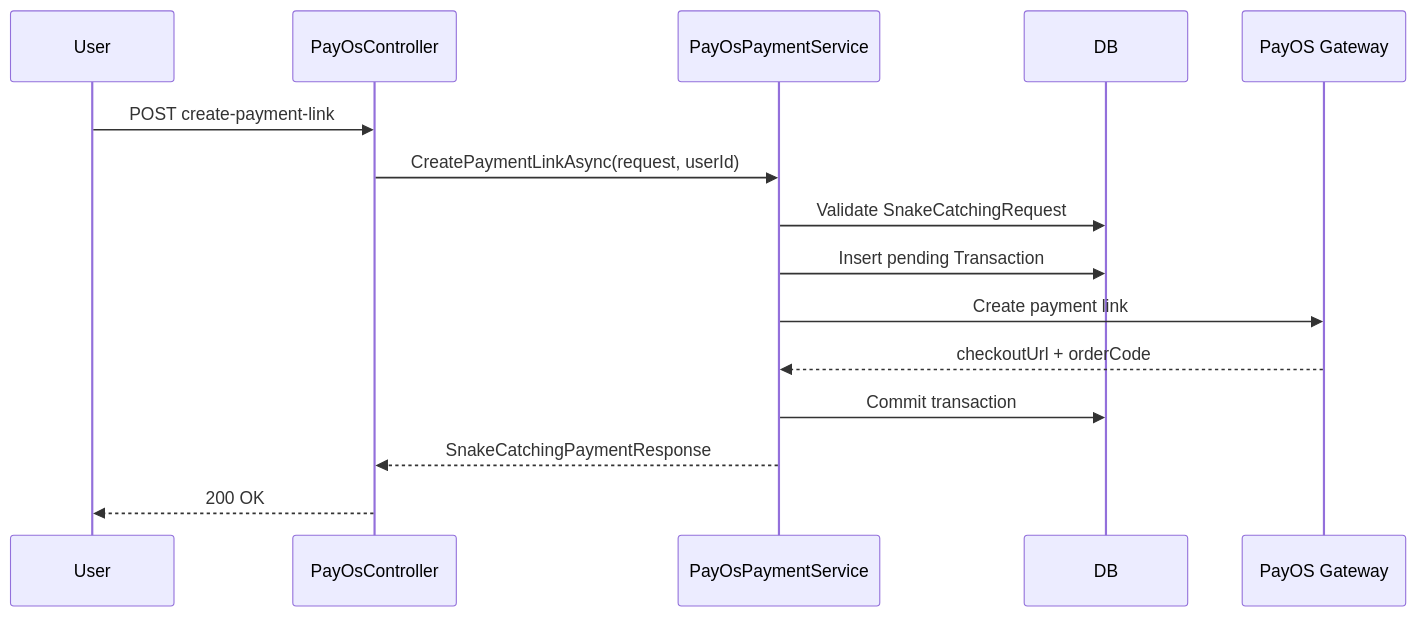
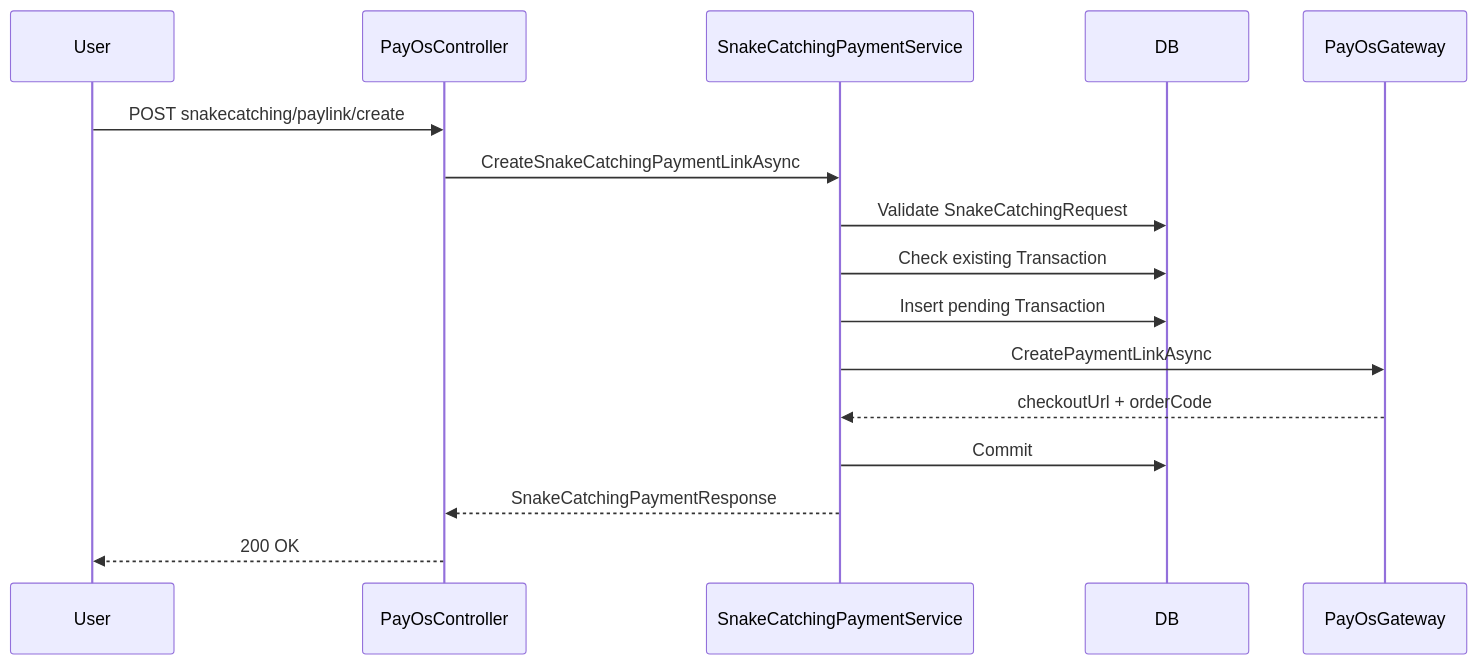
One commit to Snake-AID/SnakeAid.Docs changed the sixth of 10 diagrams in Docs/05-Backend/02-layers/payos/payos.sourcecode.md. Above: the diagram before and after it, drawn with Mermaid. The commit also changed other lines of this file, not shown here.

First line of the commit message:
docs: update PayOS layer documentation to reflect recent refactor

````diff
--- a/Docs/05-Backend/02-layers/payos/payos.sourcecode.md
+++ b/Docs/05-Backend/02-layers/payos/payos.sourcecode.md
@@ -194,18 +227,19 @@
 ```mermaid
 sequenceDiagram
     participant User
     participant Controller as PayOsController
-    participant Service as PayOsPaymentService
+    participant Service as SnakeCatchingPaymentService
     participant DB as DB
-    participant PayOS as PayOS Gateway
+    participant Gateway as PayOsGateway
 
-    User->>Controller: POST create-payment-link
-    Controller->>Service: CreatePaymentLinkAsync(request, userId)
+    User->>Controller: POST snakecatching/paylink/create
+    Controller->>Service: CreateSnakeCatchingPaymentLinkAsync
     Service->>DB: Validate SnakeCatchingRequest
+    Service->>DB: Check existing Transaction
     Service->>DB: Insert pending Transaction
-    Service->>PayOS: Create payment link
-    PayOS-->>Service: checkoutUrl + orderCode
-    Service->>DB: Commit transaction
+    Service->>Gateway: CreatePaymentLinkAsync
+    Gateway-->>Service: checkoutUrl + orderCode
+    Service->>DB: Commit
     Service-->>Controller: SnakeCatchingPaymentResponse
     Controller-->>User: 200 OK
 ```
````
